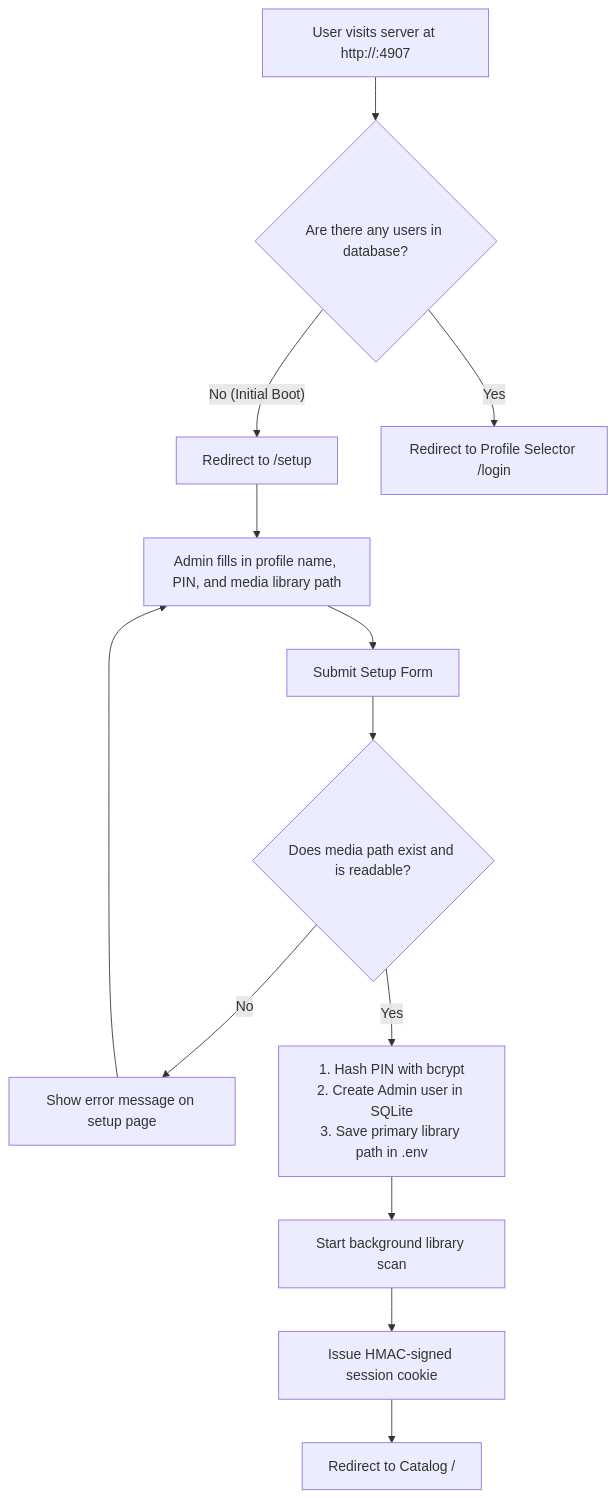
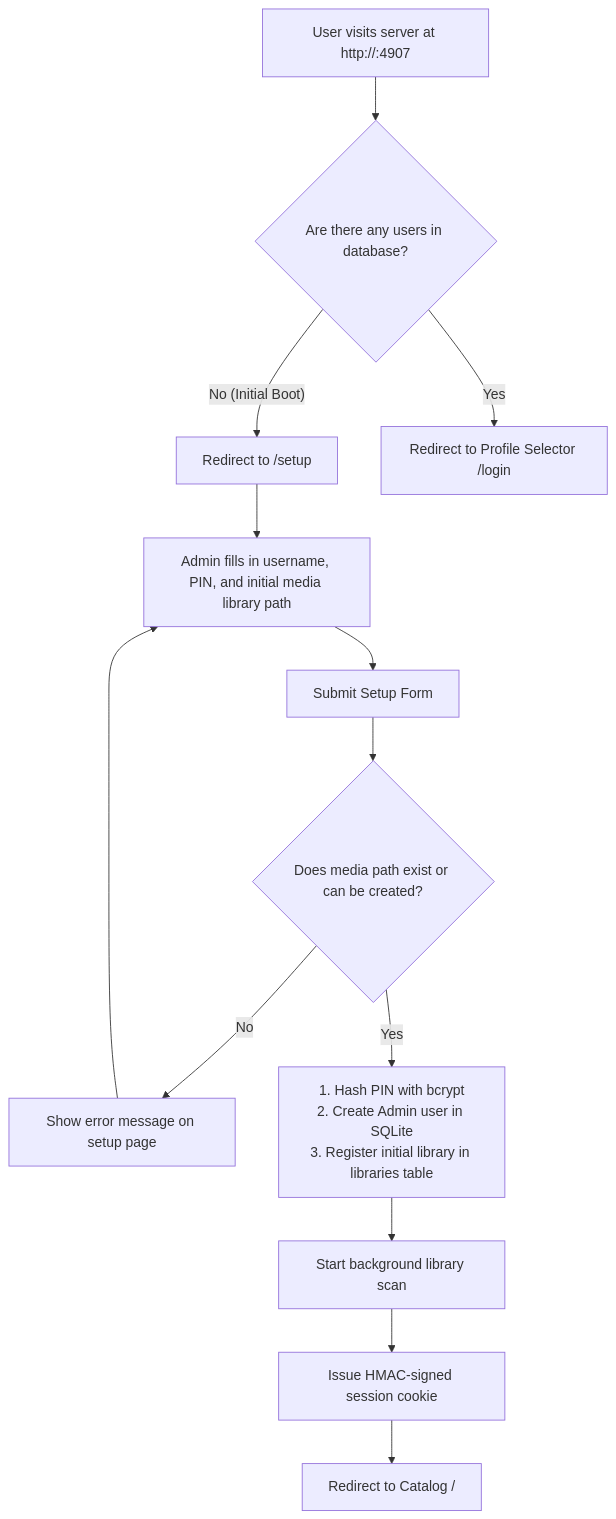
Before and after one commit to WesleyEsq/Flan-Media-Server: the first of 5 diagrams in docs/diagrams/user-flows.md, drawn with Mermaid. The commit also changed other lines of this file and 15 other files, not shown here.

````diff
--- a/docs/diagrams/user-flows.md
+++ b/docs/diagrams/user-flows.md
@@ -11,18 +11,18 @@
 ```mermaid
 flowchart TD
     Start["User visits server at http://<ip>:4907"] --> CheckDB{"Are there any users in database?"}
     CheckDB -- "No (Initial Boot)" --> RedirectSetup["Redirect to /setup"]
     CheckDB -- "Yes" --> ShowLogin["Redirect to Profile Selector /login"]
 
-    RedirectSetup --> Form["Admin fills in profile name, PIN, and media library path"]
+    RedirectSetup --> Form["Admin fills in username, PIN, and initial media library path"]
     Form --> Submit["Submit Setup Form"]
 
-    Submit --> ValidatePath{"Does media path exist and is readable?"}
+    Submit --> ValidatePath{"Does media path exist or can be created?"}
     ValidatePath -- "No" --> Error["Show error message on setup page"]
     Error --> Form
 
-    ValidatePath -- "Yes" --> CreateAdmin["1. Hash PIN with bcrypt<br/>2. Create Admin user in SQLite<br/>3. Save primary library path in .env"]
+    ValidatePath -- "Yes" --> CreateAdmin["1. Hash PIN with bcrypt<br/>2. Create Admin user in SQLite<br/>3. Register initial library in libraries table"]
     CreateAdmin --> StartScan["Start background library scan"]
     StartScan --> IssueSession["Issue HMAC-signed session cookie"]
     IssueSession --> Catalog["Redirect to Catalog /"]
 ```
````
